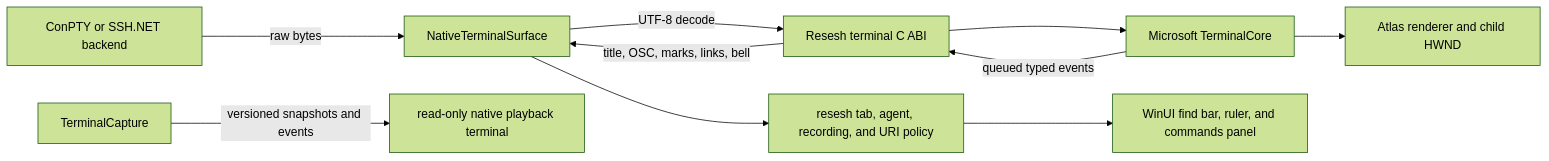
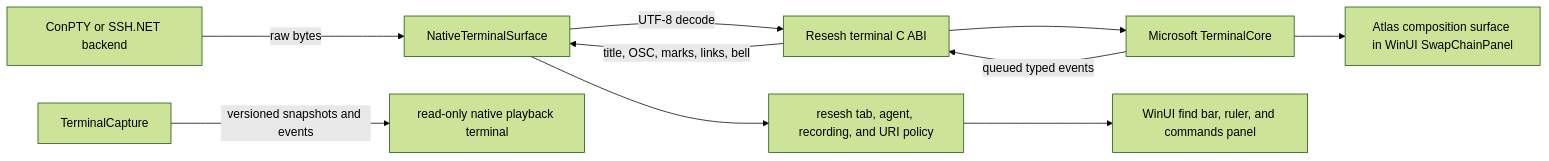
The diagram in NATIVE_TERMINAL_PARITY_PLAN.md (bpbp-boop/resesh), drawn with Mermaid (forest theme) before and after one commit. The commit also changed other lines of this file and 19 other files, not shown here.

Commit message:
Port native terminal hosting to WinUI composition

````diff
--- a/NATIVE_TERMINAL_PARITY_PLAN.md
+++ b/NATIVE_TERMINAL_PARITY_PLAN.md
@@ -49,12 +49,12 @@
 ```mermaid
 flowchart LR
     Backend[ConPTY or SSH.NET backend] -->|raw bytes| Host[NativeTerminalSurface]
     Host -->|UTF-8 decode| ABI[Resesh terminal C ABI]
     ABI --> Core[Microsoft TerminalCore]
-    Core --> Renderer[Atlas renderer and child HWND]
+    Core --> Renderer[Atlas composition surface in WinUI SwapChainPanel]
     Core -->|queued typed events| ABI
     ABI -->|title, OSC, marks, links, bell| Host
     Host --> Policy[resesh tab, agent, recording, and URI policy]
     Policy --> DockedUI[WinUI find bar, ruler, and commands panel]
     Capture[TerminalCapture] -->|versioned snapshots and events| Playback[read-only native playback terminal]
 ```
````
